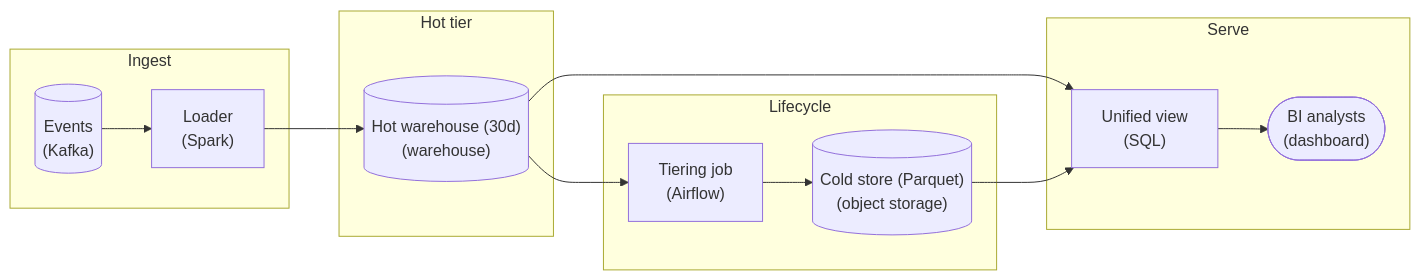
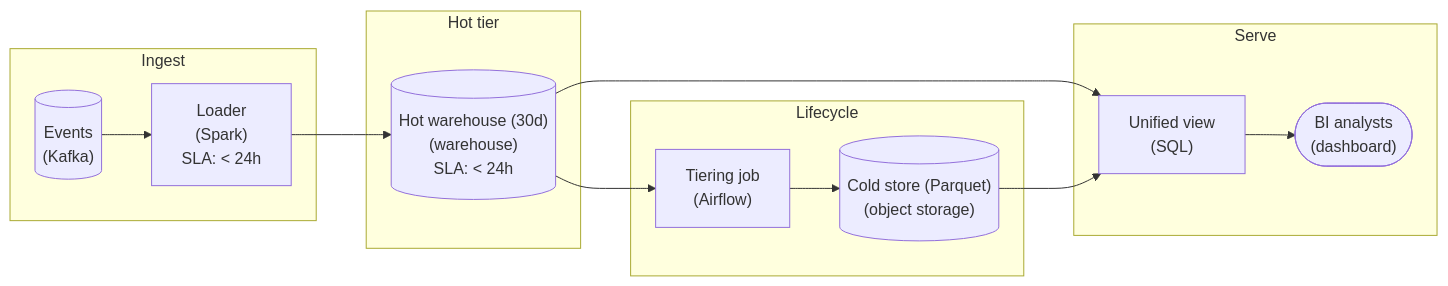
Before and after one commit to Dulain-Willis/study-helper: the second of 4 diagrams in lesson_preview/interview/architecture/pipeline_where_data_lives_intermediate.md, drawn with Mermaid. The commit also changed other lines of this file and 26 other files, not shown here.

First line of the commit message:
Mermaid diagrams: show tags and extra values inside each node (#43)

````diff
--- a/lesson_preview/interview/architecture/pipeline_where_data_lives_intermediate.md
+++ b/lesson_preview/interview/architecture/pipeline_where_data_lives_intermediate.md
@@ -506,25 +506,25 @@
 ```mermaid
 flowchart LR
     subgraph L0["Ingest"]
         n0[("Events<br/>(Kafka)")]
-        n1["Loader<br/>(Spark)"]
+        n1["Loader<br/>(Spark)<br/>SLA: #60; 24h"]
     end
     subgraph L1["Hot tier"]
-        n2[("Hot warehouse (30d)<br/>(warehouse)")]
+        n2[("Hot warehouse (30d)<br/>(warehouse)<br/>SLA: #60; 24h")]
     end
     subgraph L2["Lifecycle"]
         n3["Tiering job<br/>(Airflow)"]
         n4[("Cold store (Parquet)<br/>(object storage)")]
     end
     subgraph L3["Serve"]
         n5["Unified view<br/>(SQL)"]
         n6(["BI analysts<br/>(dashboard)"])
     end
     n0 --> n1
     n1 --> n2
     n2 --> n3
     n3 --> n4
     n2 --> n5
     n4 --> n5
     n5 --> n6
 ```
````
